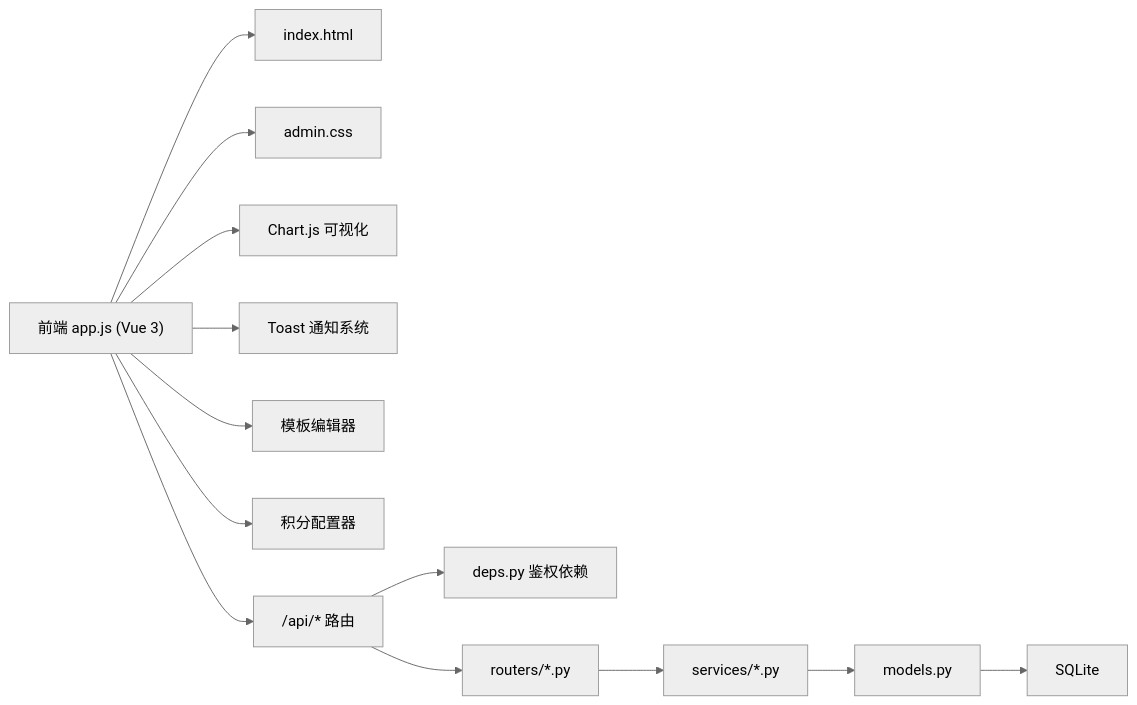
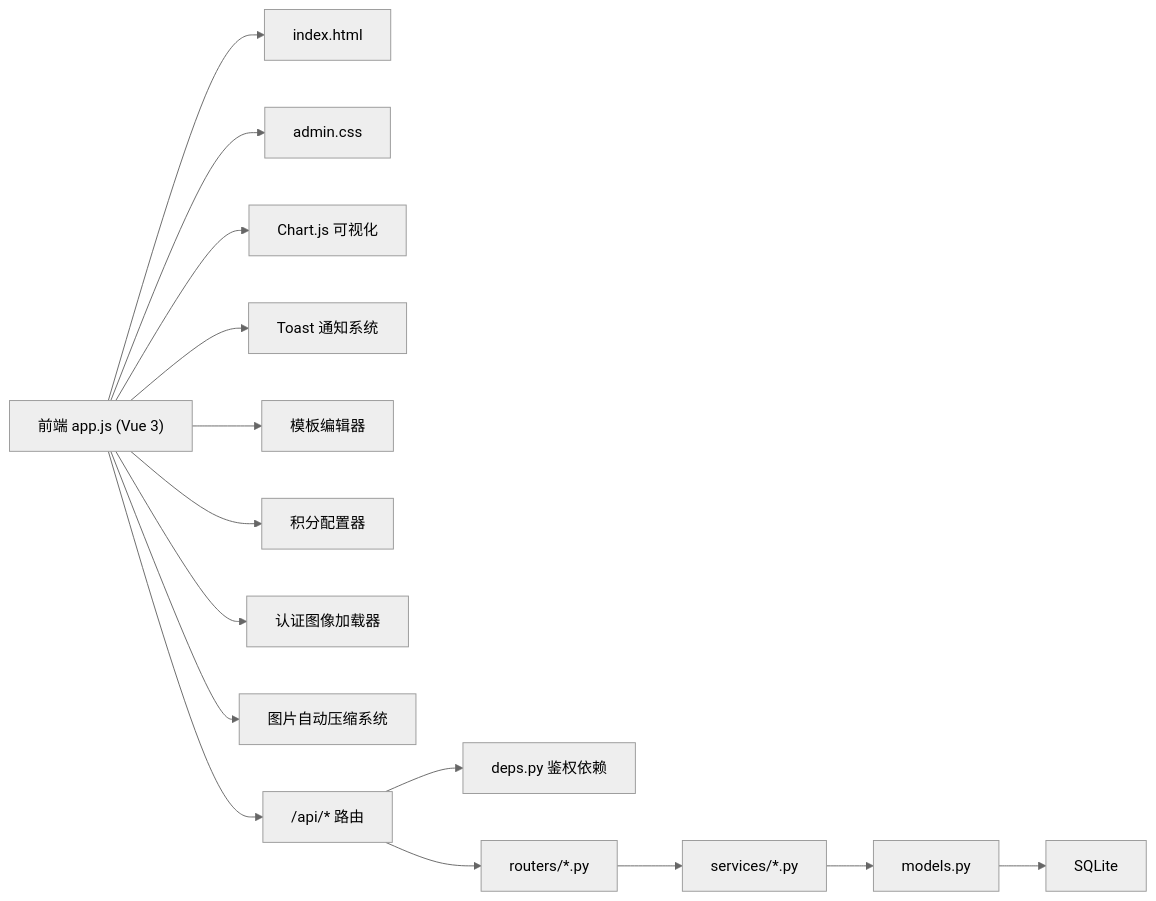
One commit to onebody/homework changed diagram 15 of 15 in .qoder/repowiki/zh/content/暑假作业打卡系统/前端应用设计/管理后台应用.md. Above: the diagram before and after it, drawn with Mermaid (neutral theme). The commit also changed other lines of this file and 35 other files, not shown here.

````diff
--- a/.qoder/repowiki/zh/content/暑假作业打卡系统/前端应用设计/管理后台应用.md
+++ b/.qoder/repowiki/zh/content/暑假作业打卡系统/前端应用设计/管理后台应用.md
@@ -882,15 +1022,17 @@
 ```mermaid
 graph LR
 FE["前端 app.js (Vue 3)"] --> HTML["index.html"]
 FE --> CSS["admin.css"]
 FE --> Chart["Chart.js 可视化"]
 FE --> Toast["Toast 通知系统"]
 FE --> Template["模板编辑器"]
 FE --> PointsConfig["积分配置器"]
+FE --> AuthImg["认证图像加载器"]
+FE --> ImgCompress["图片自动压缩系统"]
 FE --> API["/api/* 路由"]
 API --> DEPS["deps.py 鉴权依赖"]
 API --> ROUTERS["routers/*.py"]
 ROUTERS --> SERVICES["services/*.py"]
 SERVICES --> MODELS["models.py"]
 MODELS --> DB["SQLite"]
 ```
````
